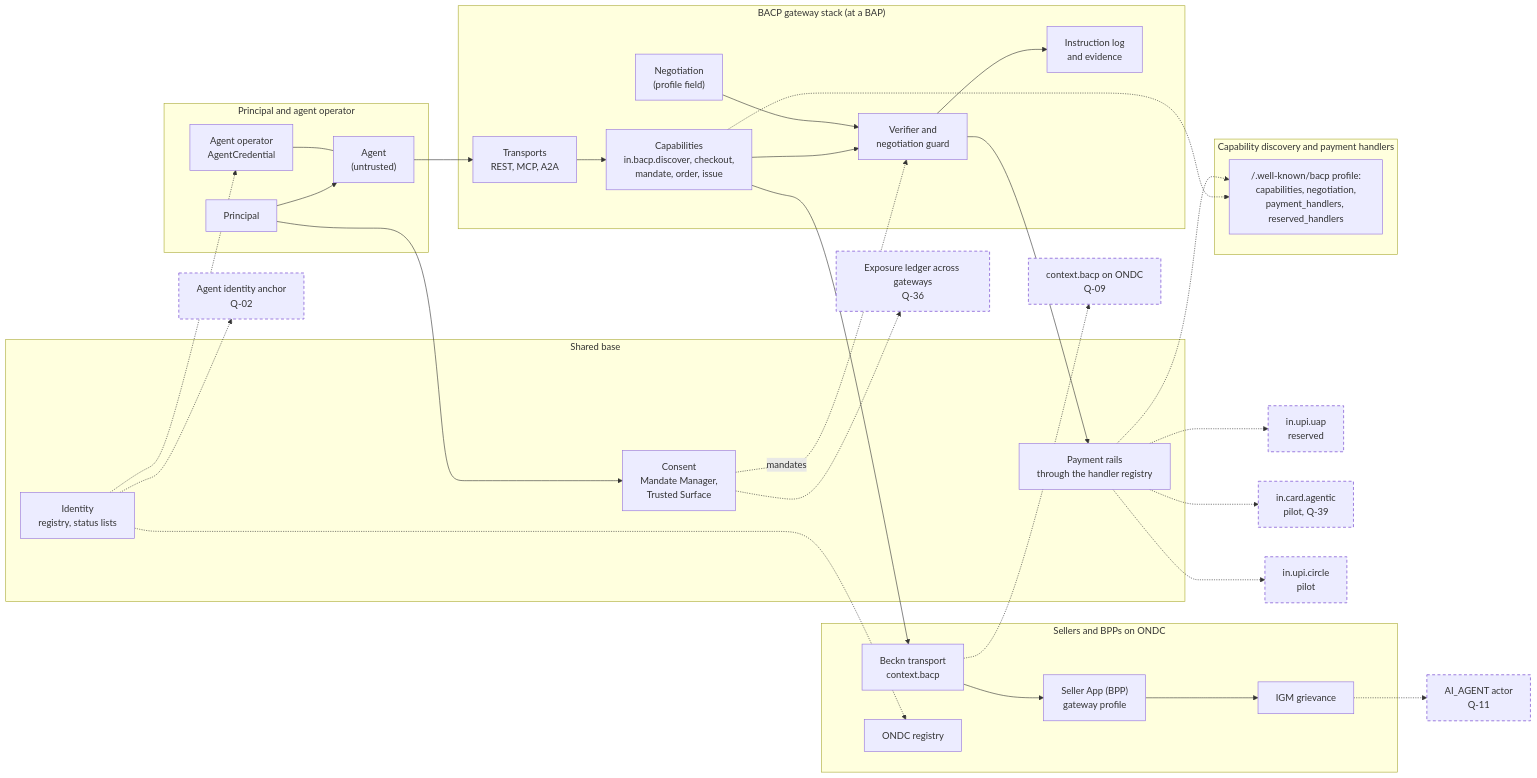
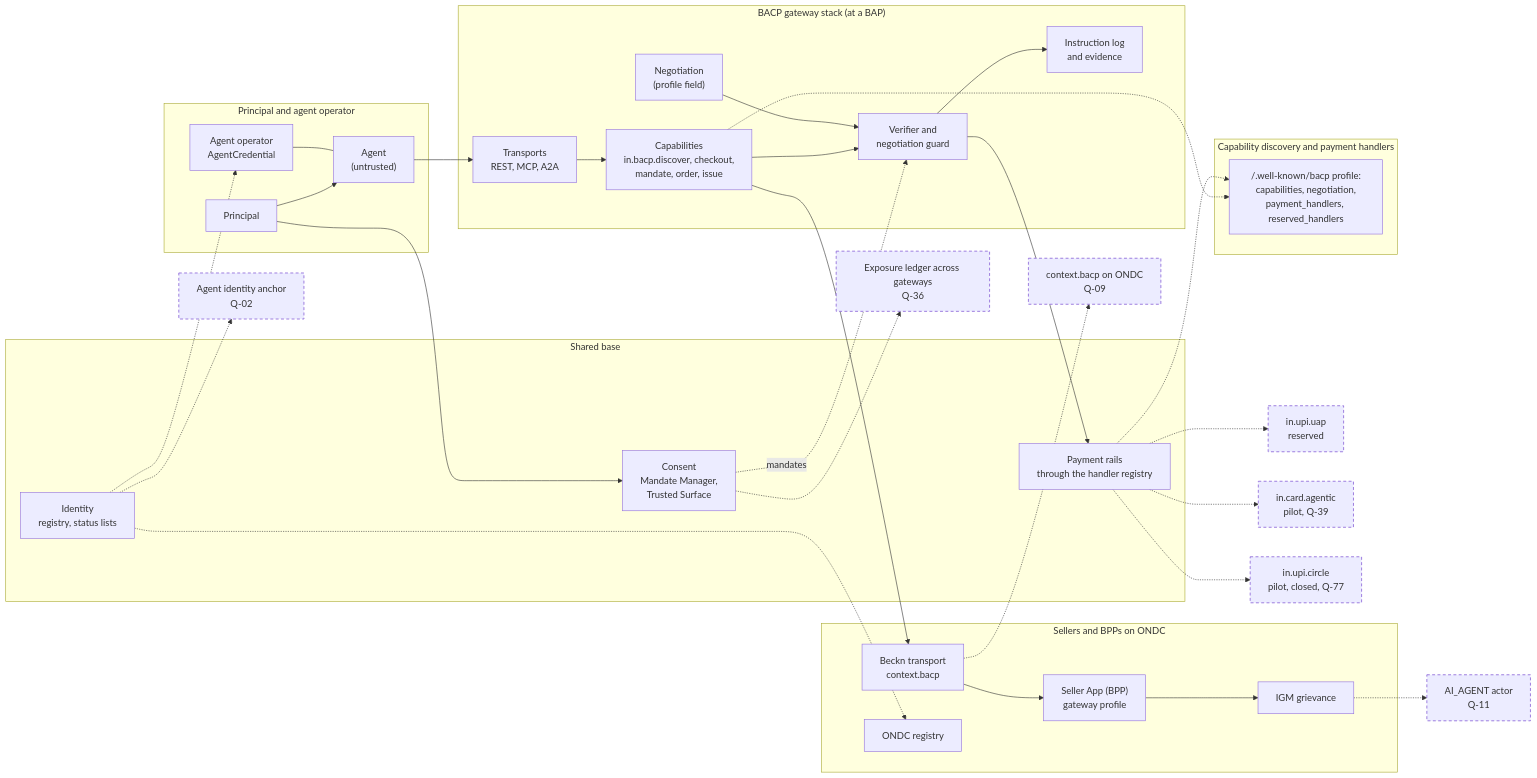
One commit to bacp-dev/bacp changed the first of 3 diagrams in docs/specification/overview/index.md. Above: the diagram before and after it, drawn with Mermaid. The commit also changed other lines of this file and 68 other files, not shown here.

````diff
--- a/docs/specification/overview/index.md
+++ b/docs/specification/overview/index.md
@@ -95,53 +95,53 @@
 ```mermaid
 flowchart LR
     subgraph L["Principal and agent operator"]
         PR["Principal"]
         AG["Agent<br/>(untrusted)"]
         OP["Agent operator<br/>AgentCredential"]
     end
     subgraph G["BACP gateway stack (at a BAP)"]
         TR["Transports<br/>REST, MCP, A2A"]
         CAP["Capabilities<br/>in.bacp.discover, checkout,<br/>mandate, order, issue"]
         NEG["Negotiation<br/>(profile field)"]
         VER["Verifier and<br/>negotiation guard"]
         LOG["Instruction log<br/>and evidence"]
     end
     subgraph R["Sellers and BPPs on ONDC"]
         BKN["Beckn transport<br/>context.bacp"]
         BPP["Seller App (BPP)<br/>gateway profile"]
         IGM["IGM grievance"]
         REGS["ONDC registry"]
     end
     PR --> AG
     OP --- AG
     AG --> TR --> CAP
     CAP --> VER
     NEG --> VER
     VER --> LOG
     CAP --> BKN --> BPP
     BPP --> IGM
     IGM -.-> Q11["AI_AGENT actor<br/>Q-11"]
     BKN -.-> Q09["context.bacp on ONDC<br/>Q-09"]
     subgraph S["Shared base"]
         RAILS["Payment rails<br/>through the handler registry"]
         CONS["Consent<br/>Mandate Manager,<br/>Trusted Surface"]
         IDN["Identity<br/>registry, status lists"]
     end
     VER --> RAILS
     PR --> CONS
     CONS -.->|"mandates"| VER
     IDN -.-> OP
     IDN -.-> REGS
     IDN -.-> Q02["Agent identity anchor<br/>Q-02"]
     CONS -.-> Q36["Exposure ledger across gateways<br/>Q-36"]
     RAILS -.-> UAP["in.upi.uap<br/>reserved"]
     RAILS -.-> AGT["in.card.agentic<br/>pilot, Q-39"]
-    RAILS -.-> CIR["in.upi.circle<br/>pilot"]
+    RAILS -.-> CIR["in.upi.circle<br/>pilot, closed, Q-77"]
     subgraph B["Capability discovery and payment handlers"]
         PROF["/.well-known/bacp profile:<br/>capabilities, negotiation,<br/>payment_handlers, reserved_handlers"]
     end
     CAP -.-> PROF
     RAILS -.-> PROF
     classDef proposed stroke-dasharray: 5 4,stroke-width:1.5px
     class Q11,Q09,Q02,Q36,UAP,AGT,CIR proposed
 ```
````
